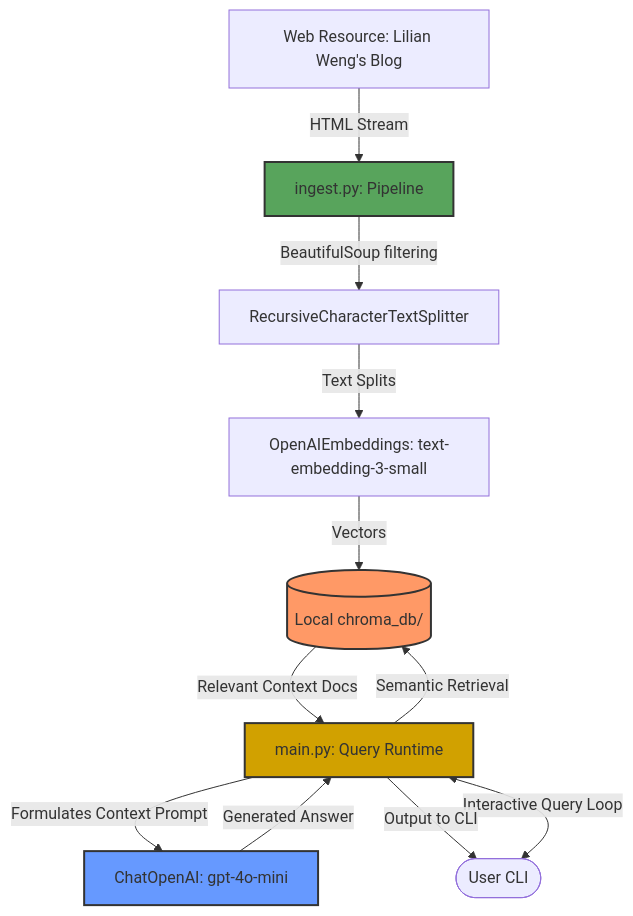
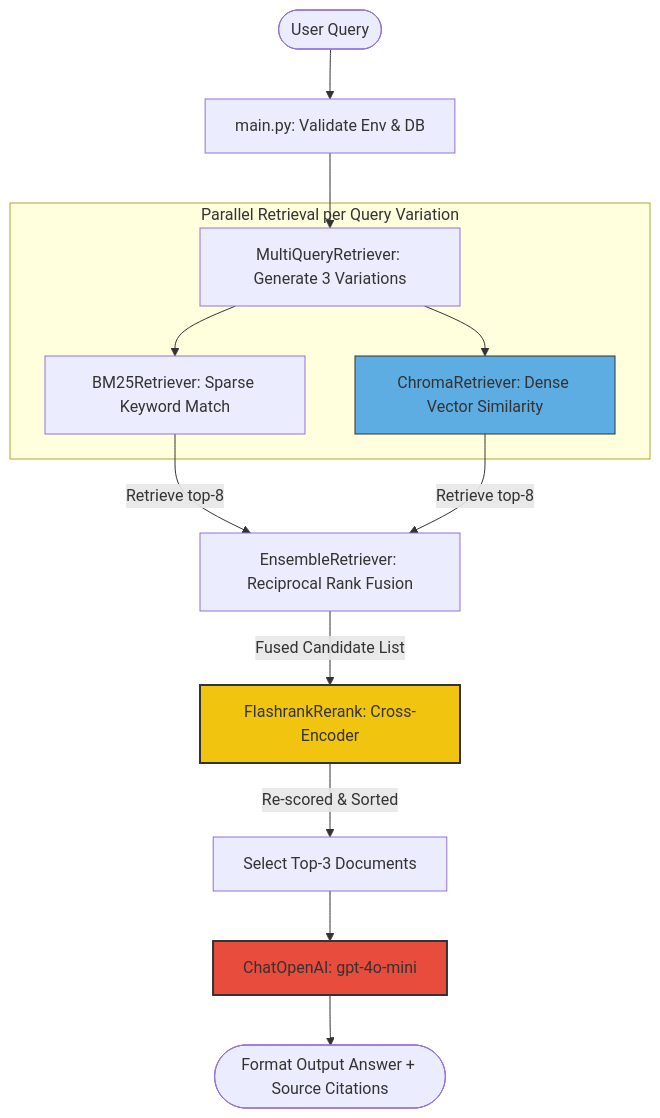
One commit to Sh1vaay/RAG changed the second of 3 diagrams in README.md. Above: the diagram before and after it, drawn with Mermaid. The commit also changed other lines of this file, not shown here.

````diff
--- a/README.md
+++ b/README.md
@@ -65,21 +99,26 @@
 ```mermaid
-graph TD
-    %% Define components
-    Web[Web Resource: Lilian Weng's Blog] -->|HTML Stream| Ingest[ingest.py: Pipeline]
-    Ingest -->|BeautifulSoup filtering| Chunking[RecursiveCharacterTextSplitter]
-    Chunking -->|Text Splits| Embedder[OpenAIEmbeddings: text-embedding-3-small]
-    Embedder -->|Vectors| LocalChroma[(Local chroma_db/)]
+flowchart TD
+    Input([User Query]) --> ContextChecker[main.py: Validate Env & DB]
+    ContextChecker --> MultiQuery[MultiQueryRetriever: Generate 3 Variations]
     
-    User([User CLI]) <-->|Interactive Query Loop| Main[main.py: Query Runtime]
-    Main -->|Semantic Retrieval| LocalChroma
-    LocalChroma -->|Relevant Context Docs| Main
-    Main -->|Formulates Context Prompt| OpenAI[ChatOpenAI: gpt-4o-mini]
-    OpenAI -->|Generated Answer| Main
-    Main -->|Output to CLI| User
+    %% Parallel Retrieval Loop
+    subgraph Parallel Retrieval per Query Variation
+        MultiQuery --> BM25[BM25Retriever: Sparse Keyword Match]
+        MultiQuery --> Vector[ChromaRetriever: Dense Vector Similarity]
+    end
     
-    %% Style highlights
-    style LocalChroma fill:#f96,stroke:#333,stroke-width:2px
-    style OpenAI fill:#69f,stroke:#333,stroke-width:2px
-    style Ingest fill:#58a45c,stroke:#333,stroke-width:2px
-    style Main fill:#d1a100,stroke:#333,stroke-width:2px
+    BM25 -->|Retrieve top-8| Merger[EnsembleRetriever: Reciprocal Rank Fusion]
+    Vector -->|Retrieve top-8| Merger
+    
+    %% Re-ranking
+    Merger -->|Fused Candidate List| Reranker[FlashrankRerank: Cross-Encoder]
+    Reranker -->|Re-scored & Sorted| TopK[Select Top-3 Documents]
+    
+    %% Prompt Generation
+    TopK --> LLM[ChatOpenAI: gpt-4o-mini]
+    LLM --> Answer([Format Output Answer + Source Citations])
+    
+    style Vector fill:#5dade2,stroke:#333,stroke-width:1px
+    style Reranker fill:#f1c40f,stroke:#333,stroke-width:2px
+    style LLM fill:#e74c3c,stroke:#333,stroke-width:2px
 ```
````
